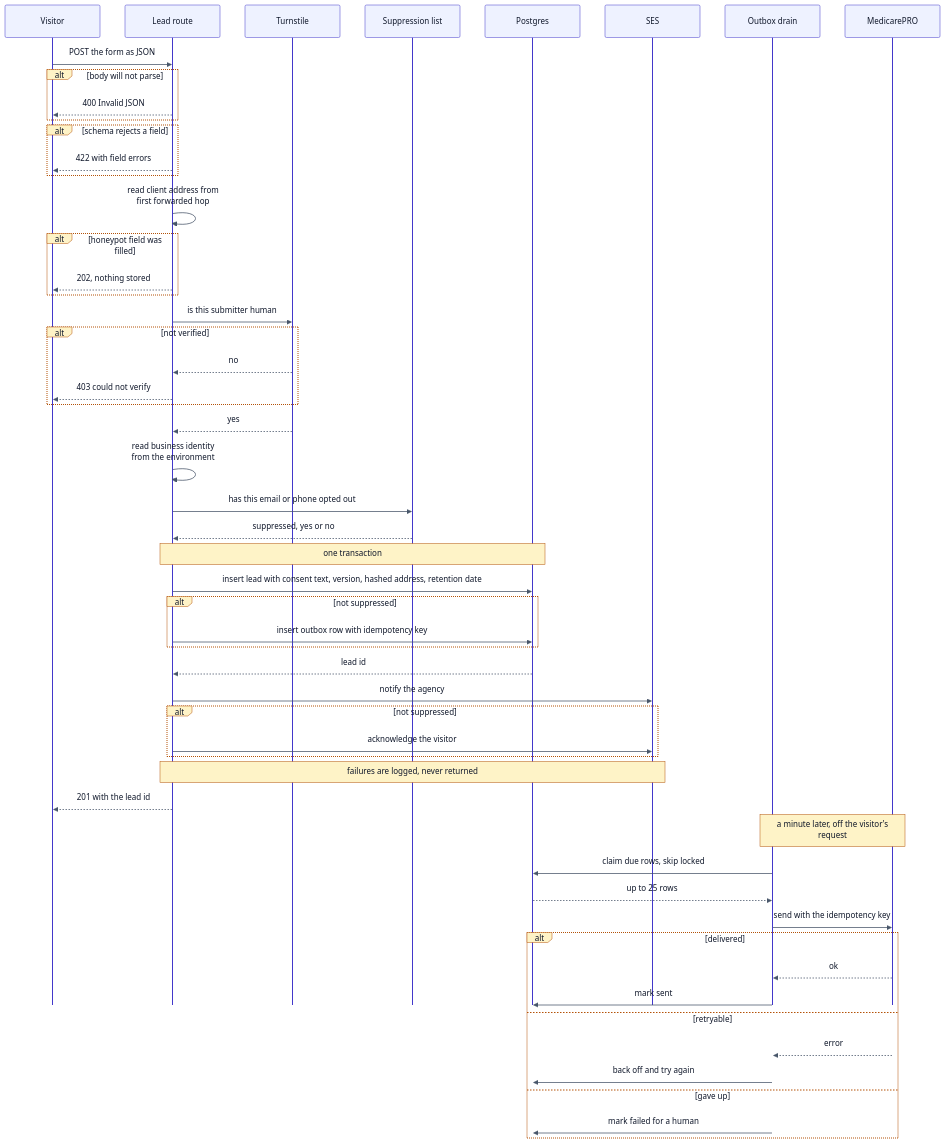
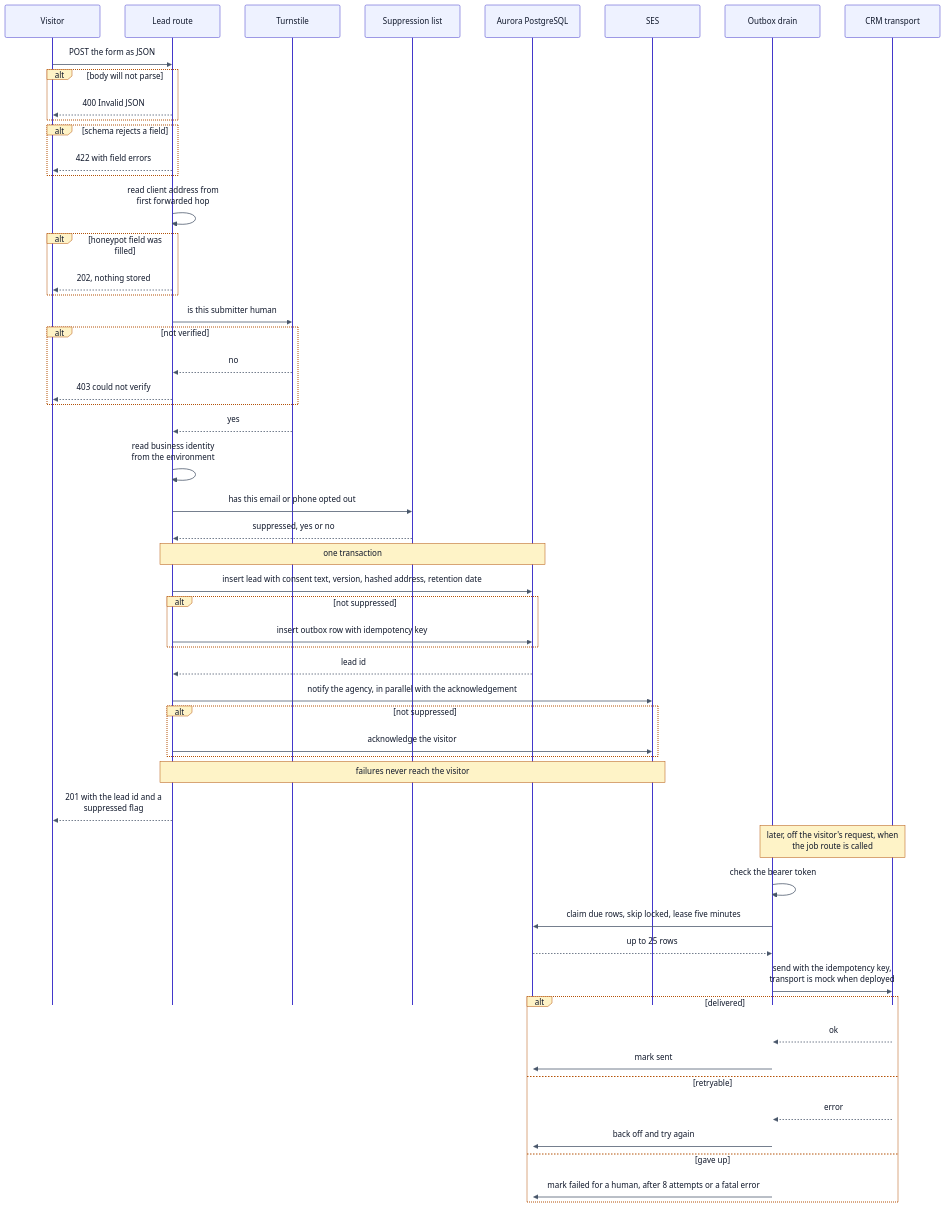
Before and after one commit to marc-mccarthy/legacy-benefits-mn: the diagram in docs/diagrams/D3-lead-lifecycle.mmd, drawn with Mermaid. The commit also changed 10 other files, not shown here.

Commit message:
docs: redraw diagrams against the current infra and code

```diff
--- a/docs/diagrams/D3-lead-lifecycle.mmd
+++ b/docs/diagrams/D3-lead-lifecycle.mmd
@@ -1,76 +1,81 @@
 %%{init: {"theme":"base","themeVariables":{"fontFamily":"Helvetica Neue, Helvetica, Arial, sans-serif","fontSize":"16px","textColor":"#0F172A","background":"#FFFFFF","lineColor":"#475569","mainBkg":"#EFF6FF","nodeBorder":"#1D4ED8","primaryColor":"#EFF6FF","primaryBorderColor":"#1D4ED8","primaryTextColor":"#0F172A","secondaryColor":"#F1F5F9","secondaryBorderColor":"#475569","secondaryTextColor":"#0F172A","tertiaryColor":"#F8FAFC","tertiaryBorderColor":"#CBD5E1","tertiaryTextColor":"#0F172A","clusterBkg":"#F8FAFC","clusterBorder":"#CBD5E1","edgeLabelBackground":"#FFFFFF","actorBkg":"#EEF2FF","actorBorder":"#4338CA","actorTextColor":"#0F172A","signalColor":"#475569","signalTextColor":"#0F172A","noteBkgColor":"#FEF3C7","noteBorderColor":"#B45309","noteTextColor":"#0F172A","activationBkgColor":"#ECFDF5","activationBorderColor":"#047857","labelBoxBkgColor":"#FEF3C7","labelBoxBorderColor":"#B45309","sequenceNumberColor":"#FFFFFF"},"flowchart":{"htmlLabels":false,"curve":"basis","nodeSpacing":45,"rankSpacing":60,"padding":12},"sequence":{"useMaxWidth":false,"htmlLabels":false,"mirrorActors":false,"wrap":true,"width":190}}}%%
 sequenceDiagram
 accTitle: What happens to a contact form submission, from the click to the CRM
 accDescr {
   A left-to-right sequence for one lead. The form posts JSON to the lead route.
   The route rejects unparseable bodies, then rejects a body that fails the schema.
   It reads the client address from the first hop of the forwarded-for header. A
   filled honeypot field is accepted with a success status and nothing is stored,
   so a bot learns nothing from the response. Turnstile is asked whether the
-  submitter is human and a failure is rejected. The business identity is read from
+  submitter is human and a failure is rejected; when no Turnstile secret is
+  configured the check is skipped. The business identity is read from
   the environment, because the consent text has to name the specific business, and
   a missing BUSINESS_NAME throws rather than resolving to a default. The
   capture step checks the suppression list first, then opens one transaction: the
   lead row is inserted with the consent text regenerated on the server, the
   disclosure version, a hashed address and a retention date ten years out. Only if
   the person is not suppressed is an outbox row inserted in that same transaction.
   Email is best effort and its failures are swallowed, because the lead is already
-  committed. The visitor gets a created response either way. Delivery happens
-  later: a host timer posts to the job route once a minute, which claims due rows
-  and sends them to the CRM.
+  committed; it is skipped when no sender address is configured. The visitor gets a
+  created response either way, and its body carries the lead id and a suppressed
+  flag. Delivery happens later and off the request: a caller posts to the job route
+  with the bearer token, and the route claims due rows and sends them to the CRM
+  transport. Nothing in infra/ schedules that call, and the deployed function sets
+  the transport to mock.
 }
 
 participant V as Visitor
 participant R as Lead route
 participant T as Turnstile
 participant S as Suppression list
-participant DB as Postgres
+participant DB as Aurora PostgreSQL
 participant M as SES
 participant J as Outbox drain
-participant C as MedicarePRO
+participant C as CRM transport
 
 V->>R: POST the form as JSON
 alt body will not parse
   R-->>V: 400 Invalid JSON
 end
 alt schema rejects a field
   R-->>V: 422 with field errors
 end
 R->>R: read client address from first forwarded hop
 alt honeypot field was filled
   R-->>V: 202, nothing stored
 end
 R->>T: is this submitter human
 alt not verified
   T-->>R: no
   R-->>V: 403 could not verify
 end
 T-->>R: yes
 R->>R: read business identity from the environment
 R->>S: has this email or phone opted out
 S-->>R: suppressed, yes or no
 Note over R,DB: one transaction
 R->>DB: insert lead with consent text, version, hashed address, retention date
 alt not suppressed
   R->>DB: insert outbox row with idempotency key
 end
 DB-->>R: lead id
-R->>M: notify the agency
+R->>M: notify the agency, in parallel with the acknowledgement
 alt not suppressed
   R->>M: acknowledge the visitor
 end
-Note over R,M: failures are logged, never returned
-R-->>V: 201 with the lead id
-Note over J,C: a minute later, off the visitor's request
-J->>DB: claim due rows, skip locked
+Note over R,M: failures never reach the visitor
+R-->>V: 201 with the lead id and a suppressed flag
+Note over J,C: later, off the visitor's request, when the job route is called
+J->>J: check the bearer token
+J->>DB: claim due rows, skip locked, lease five minutes
 DB-->>J: up to 25 rows
-J->>C: send with the idempotency key
+J->>C: send with the idempotency key, transport is mock when deployed
 alt delivered
   C-->>J: ok
   J->>DB: mark sent
 else retryable
   C-->>J: error
   J->>DB: back off and try again
 else gave up
-  J->>DB: mark failed for a human
+  J->>DB: mark failed for a human, after 8 attempts or a fatal error
 end
```
